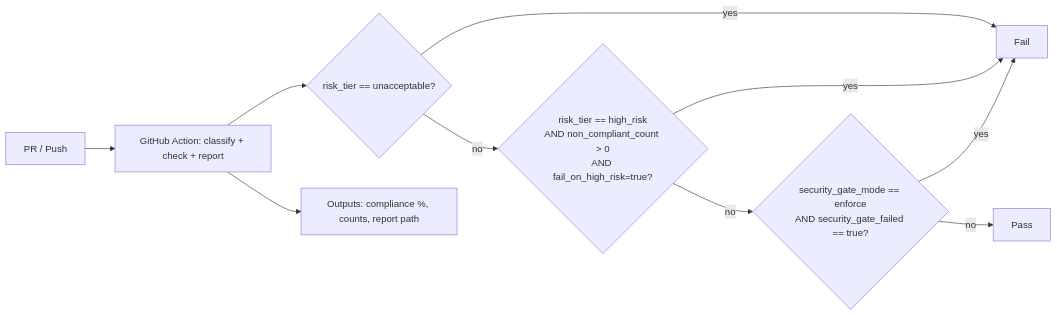
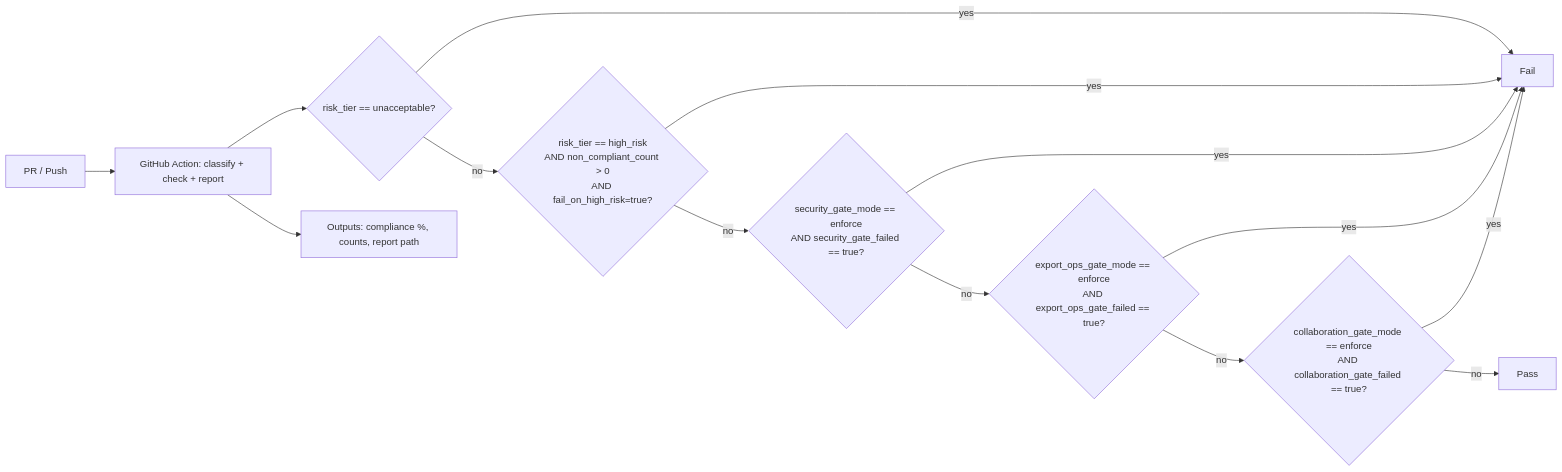
Before and after one commit to ogulcanaydogan/eu-ai-act-compliance-kit: the second of 2 diagrams in README.md, drawn with Mermaid. The commit also changed other lines of this file and 16 other files, not shown here.

````diff
--- a/README.md
+++ b/README.md
@@ -41,12 +43,16 @@
 ```mermaid
 flowchart LR
     A["PR / Push"] --> B["GitHub Action: classify + check + report"]
     B --> C{"risk_tier == unacceptable?"}
     C -- "yes" --> Z["Fail"]
     C -- "no" --> D{"risk_tier == high_risk\nAND non_compliant_count > 0\nAND fail_on_high_risk=true?"}
     D -- "yes" --> Z
     D -- "no" --> S{"security_gate_mode == enforce\nAND security_gate_failed == true?"}
     S -- "yes" --> Z
-    S -- "no" --> E["Pass"]
+    S -- "no" --> X{"export_ops_gate_mode == enforce\nAND export_ops_gate_failed == true?"}
+    X -- "yes" --> Z
+    X -- "no" --> Y{"collaboration_gate_mode == enforce\nAND collaboration_gate_failed == true?"}
+    Y -- "yes" --> Z
+    Y -- "no" --> E["Pass"]
     B --> F["Outputs: compliance %, counts, report path"]
 ```
````
